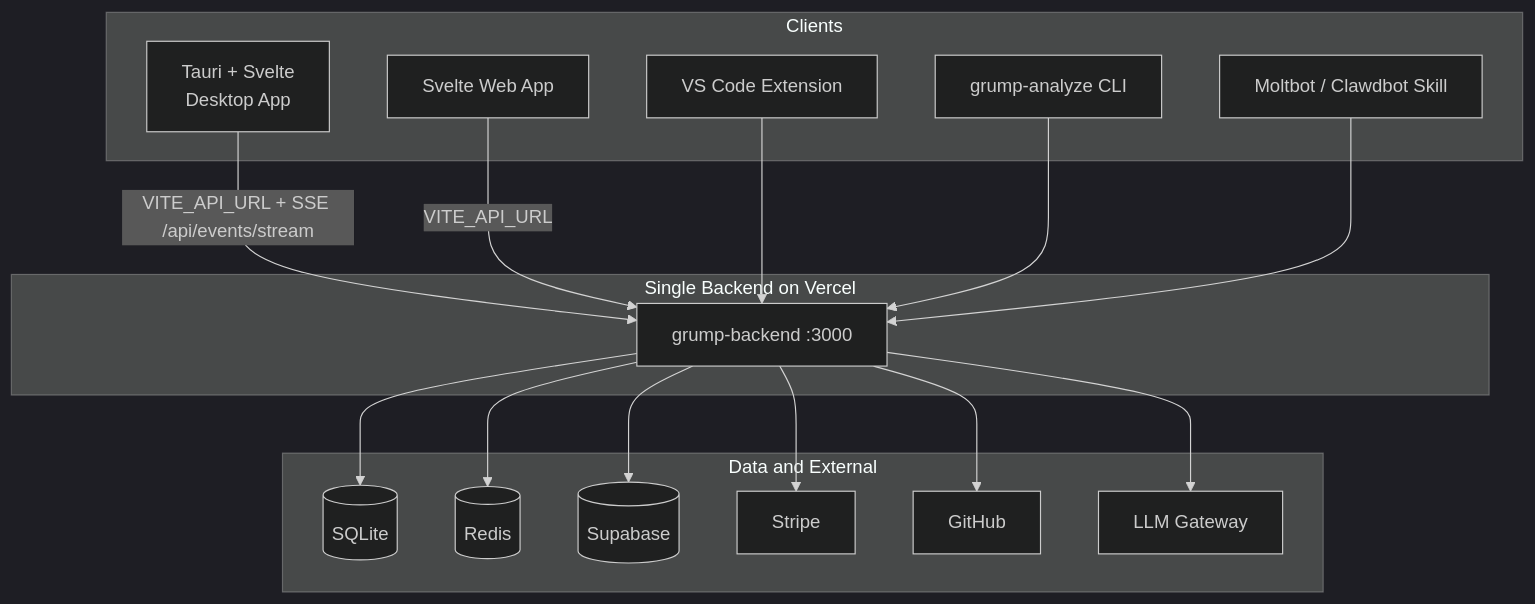
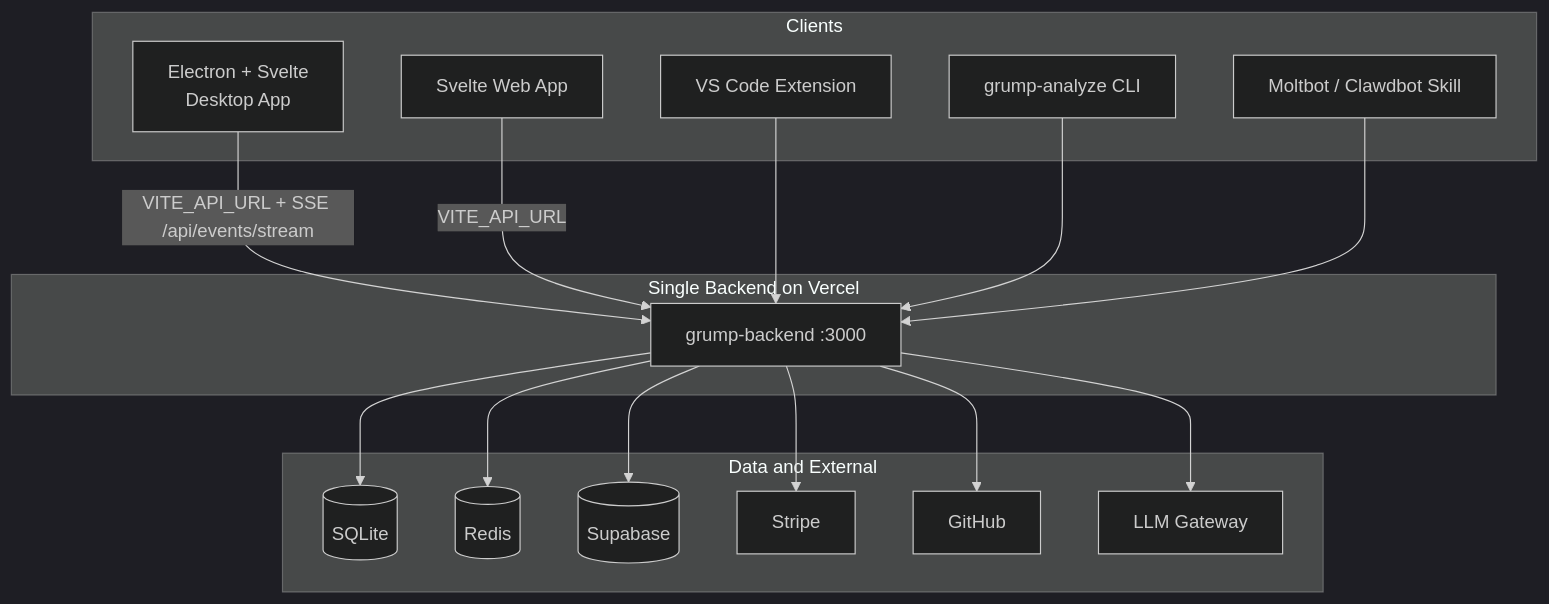
One commit to Aphrodine-wq/GRUMPCO changed the first of 4 diagrams in docs/CAPABILITIES.md. Above: the diagram before and after it, drawn with Mermaid (dark theme). The commit also changed other lines of this file and 162 other files, not shown here.

````diff
--- a/docs/CAPABILITIES.md
+++ b/docs/CAPABILITIES.md
@@ -44,36 +44,36 @@
 ```mermaid
 flowchart TB
   subgraph clients [Clients]
-    Desktop[Tauri + Svelte\nDesktop App]
+    Desktop[Electron + Svelte\nDesktop App]
     Web[Svelte Web App]
     VSCode[VS Code Extension]
     CLI[grump-analyze CLI]
     Moltbot[Moltbot / Clawdbot Skill]
   end
 
   subgraph backend [Single Backend on Vercel]
     BE[grump-backend :3000]
   end
 
   subgraph data [Data and External]
     SQLite[(SQLite)]
     Redis[(Redis)]
     Supa[(Supabase)]
     Stripe[Stripe]
     GitHub[GitHub]
     LLM[LLM Gateway]
   end
 
   Desktop -->|VITE_API_URL + SSE /api/events/stream| BE
   Web -->|VITE_API_URL| BE
   VSCode --> BE
   CLI --> BE
   Moltbot --> BE
 
   BE --> SQLite
   BE --> Redis
   BE --> Supa
   BE --> Stripe
   BE --> GitHub
   BE --> LLM
 ```
````
